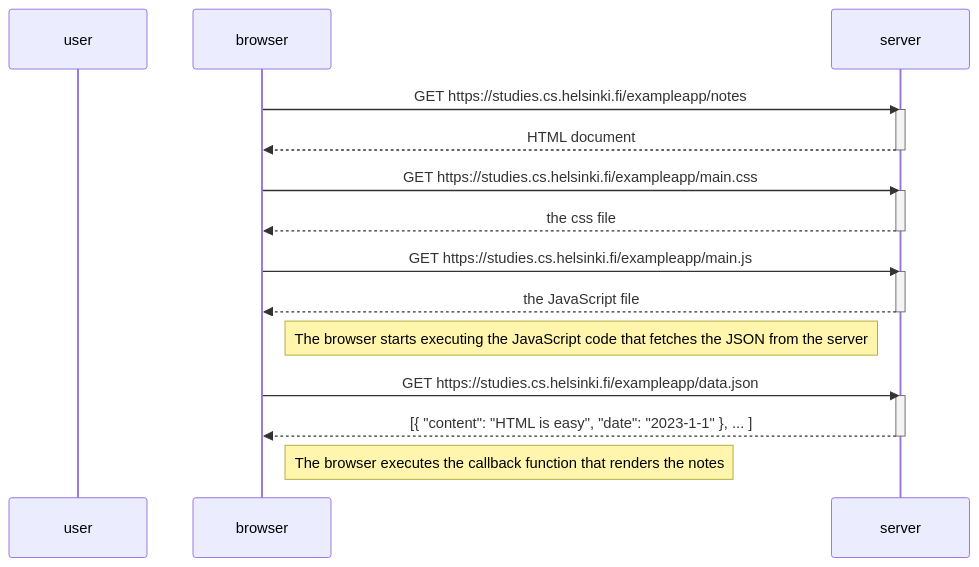
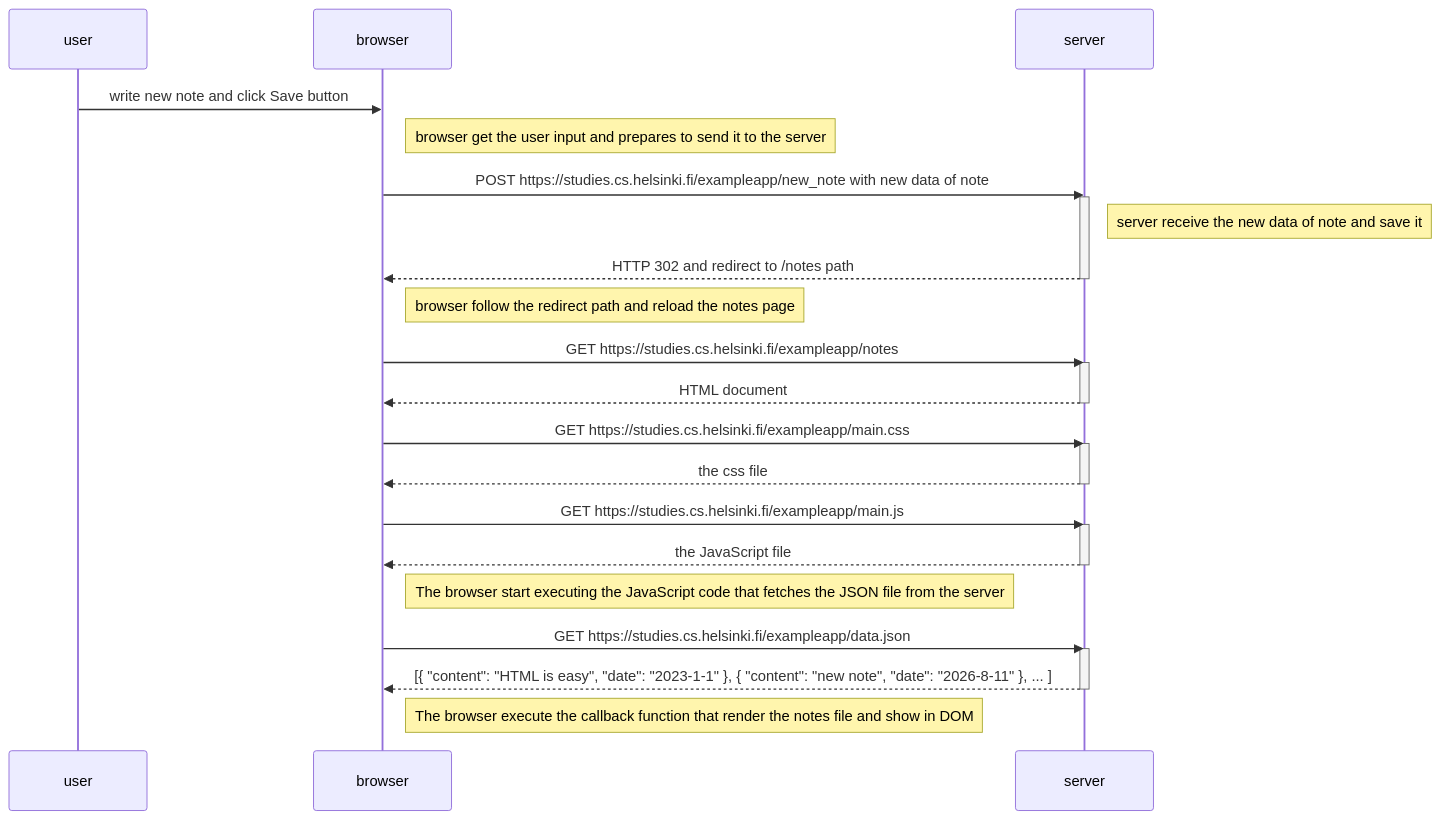
One commit to rezahosseini-dev/full-stack-open changed the diagram in part0/newNodeDiagram.md. Above: the diagram before and after it, drawn with Mermaid. The commit also changed 2 other files, not shown here.

Commit message:
part0 solutions

````diff
--- a/part0/newNodeDiagram.md
+++ b/part0/newNodeDiagram.md
@@ -1,30 +1,43 @@
 ```mermaid
-
 sequenceDiagram
     participant user
     participant browser
     participant server
-browser->>server: GET https://studies.cs.helsinki.fi/exampleapp/notes
+
+    user->>browser: write new note and click Save button
+    Note right of browser: browser get the user input and prepares to send it to the server
+
+    browser->>server: POST https://studies.cs.helsinki.fi/exampleapp/new_note with new data of note
+    activate server
+    Note right of server: server receive the new data of note and save it
+    server-->>browser: HTTP 302 and  redirect to /notes path
+    deactivate server
+
+    Note right of browser: browser follow the redirect path and reload the notes page
+
+    browser->>server: GET https://studies.cs.helsinki.fi/exampleapp/notes
     activate server
     server-->>browser: HTML document
     deactivate server
 
     browser->>server: GET https://studies.cs.helsinki.fi/exampleapp/main.css
     activate server
     server-->>browser: the css file
     deactivate server
 
     browser->>server: GET https://studies.cs.helsinki.fi/exampleapp/main.js
     activate server
     server-->>browser: the JavaScript file
     deactivate server
 
-    Note right of browser: The browser starts executing the JavaScript code that fetches the JSON from the server
+    Note right of browser: The browser start executing the JavaScript code that fetches the JSON file from the server
 
     browser->>server: GET https://studies.cs.helsinki.fi/exampleapp/data.json
     activate server
-    server-->>browser: [{ "content": "HTML is easy", "date": "2023-1-1" }, ... ]
+    server-->>browser: [{ "content": "HTML is easy", "date": "2023-1-1" }, { "content": "new note", "date": "2026-8-11" }, ... ]
     deactivate server
 
-    Note right of browser: The browser executes the callback function that renders the notes
+    Note right of browser: The browser execute the callback function that render the notes file and show in DOM
+
+
 ```
````
